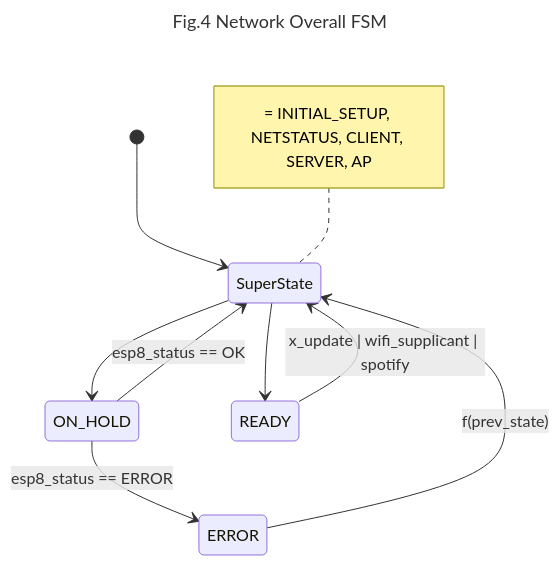
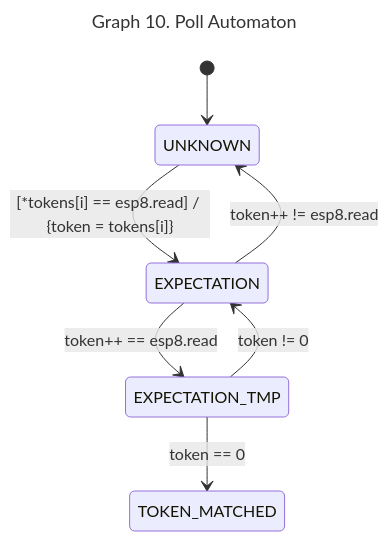
The tenth of 10 diagrams in README.md (ckevar/ErikaOS-OnlineWeatherStation), drawn with Mermaid before and after one commit. The commit also changed other lines of this file, not shown here.

````diff
--- a/README.md
+++ b/README.md
@@ -219,16 +562,12 @@
 ```mermaid
 ---
-title: Fig.4 Network Overall FSM
+title: 'Graph 10. Poll Automaton'
 ---
 stateDiagram-v2 
-
-[*] --> SuperState
-SuperState --> ON_HOLD
-ON_HOLD --> SuperState : esp8_status == OK
-ON_HOLD --> ERROR : esp8_status == ERROR
-ERROR --> SuperState : f(prev_state)
-SuperState --> READY : 
-READY --> SuperState : x_update | wifi_supplicant | spotify
-note left of SuperState : = INITIAL_SETUP, NETSTATUS, CLIENT, SERVER, AP
-
+[*] --> UNKNOWN
+UNKNOWN --> EXPECTATION : [*tokens[i] == esp8.read] / {token = tokens[i]}
+EXPECTATION --> EXPECTATION_TMP : token++ == esp8.read
+EXPECTATION_TMP -->  TOKEN_MATCHED : token == 0
+EXPECTATION_TMP -->  EXPECTATION : token != 0
+EXPECTATION --> UNKNOWN : token++ != esp8.read
 ```
````
